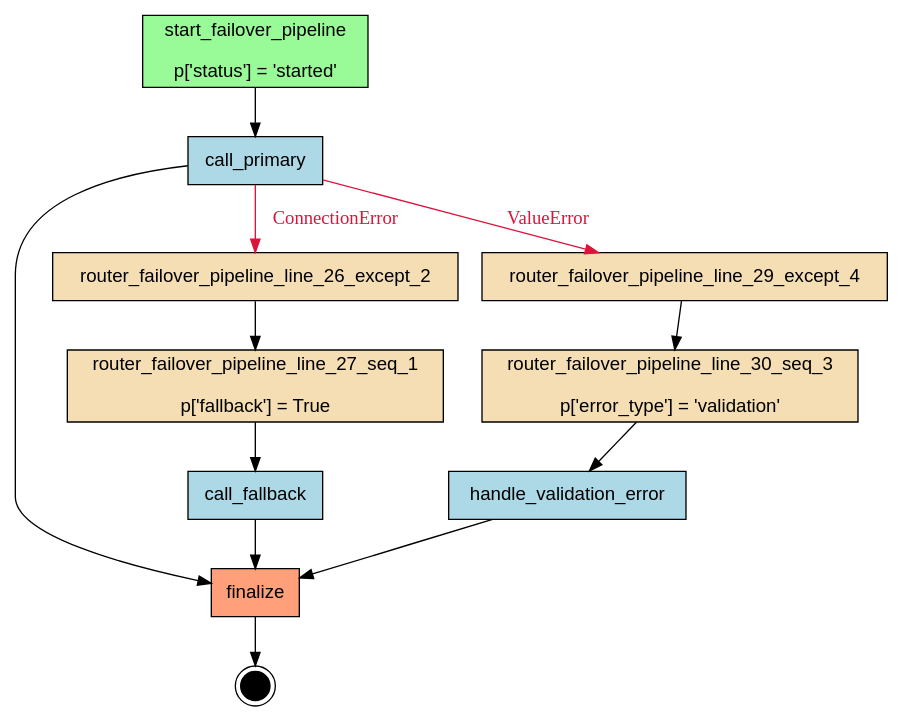
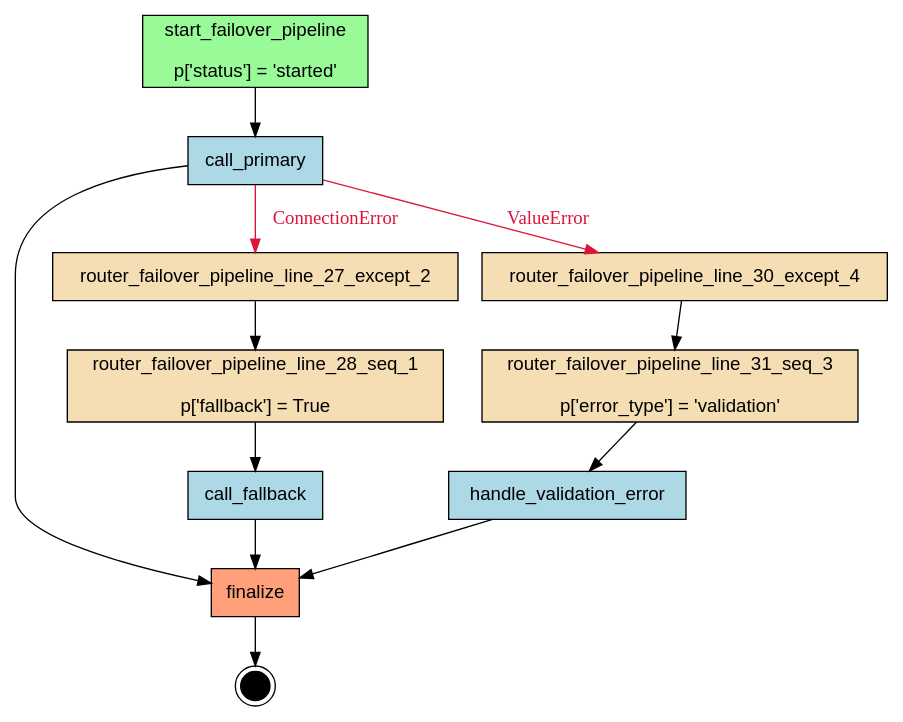
Before and after one commit to deliveryhero/asya: the diagram in examples/flows/compiled/resiliency_error_routing/flow.dot, drawn with Graphviz. The commit also changed 45 other files, not shown here.

```diff
--- a/examples/flows/compiled/resiliency_error_routing/flow.dot
+++ b/examples/flows/compiled/resiliency_error_routing/flow.dot
@@ -1,30 +1,30 @@
 digraph "failover_pipeline" {
     rankdir=TB;
     node [shape=box, style=filled, fontname="Helvetica"];
 
     { rank=source; start_failover_pipeline; }
 
     call_fallback [label="call_fallback", fillcolor=lightblue];
     call_primary [label="call_primary", fillcolor=lightblue];
     finalize [label="finalize", fillcolor=lightsalmon];
     handle_validation_error [label="handle_validation_error", fillcolor=lightblue];
-    router_failover_pipeline_line_26_except_2 [label="router_failover_pipeline_line_26_except_2", fillcolor=wheat];
-    router_failover_pipeline_line_27_seq_1 [label="router_failover_pipeline_line_27_seq_1\n\np['fallback'] = True", fillcolor=wheat];
-    router_failover_pipeline_line_29_except_4 [label="router_failover_pipeline_line_29_except_4", fillcolor=wheat];
-    router_failover_pipeline_line_30_seq_3 [label="router_failover_pipeline_line_30_seq_3\n\np['error_type'] = 'validation'", fillcolor=wheat];
+    router_failover_pipeline_line_27_except_2 [label="router_failover_pipeline_line_27_except_2", fillcolor=wheat];
+    router_failover_pipeline_line_28_seq_1 [label="router_failover_pipeline_line_28_seq_1\n\np['fallback'] = True", fillcolor=wheat];
+    router_failover_pipeline_line_30_except_4 [label="router_failover_pipeline_line_30_except_4", fillcolor=wheat];
+    router_failover_pipeline_line_31_seq_3 [label="router_failover_pipeline_line_31_seq_3\n\np['error_type'] = 'validation'", fillcolor=wheat];
     start_failover_pipeline [label="start_failover_pipeline\n\np['status'] = 'started'", fillcolor=palegreen];
 
     __end__ [label="", shape=doublecircle, fillcolor=black, width=0.3, fixedsize=true];
 
     start_failover_pipeline -> call_primary;
     call_primary -> finalize;
-    router_failover_pipeline_line_27_seq_1 -> call_fallback;
-    router_failover_pipeline_line_26_except_2 -> router_failover_pipeline_line_27_seq_1;
-    router_failover_pipeline_line_30_seq_3 -> handle_validation_error;
-    router_failover_pipeline_line_29_except_4 -> router_failover_pipeline_line_30_seq_3;
-    call_primary -> router_failover_pipeline_line_26_except_2 [label="ConnectionError", color="#DC143C", fontcolor="#DC143C"];
-    call_primary -> router_failover_pipeline_line_29_except_4 [label="ValueError", color="#DC143C", fontcolor="#DC143C"];
+    router_failover_pipeline_line_28_seq_1 -> call_fallback;
+    router_failover_pipeline_line_27_except_2 -> router_failover_pipeline_line_28_seq_1;
+    router_failover_pipeline_line_31_seq_3 -> handle_validation_error;
+    router_failover_pipeline_line_30_except_4 -> router_failover_pipeline_line_31_seq_3;
+    call_primary -> router_failover_pipeline_line_27_except_2 [label="ConnectionError", color="#DC143C", fontcolor="#DC143C"];
+    call_primary -> router_failover_pipeline_line_30_except_4 [label="ValueError", color="#DC143C", fontcolor="#DC143C"];
     call_fallback -> finalize;
     handle_validation_error -> finalize;
     finalize -> __end__;
 }
```
